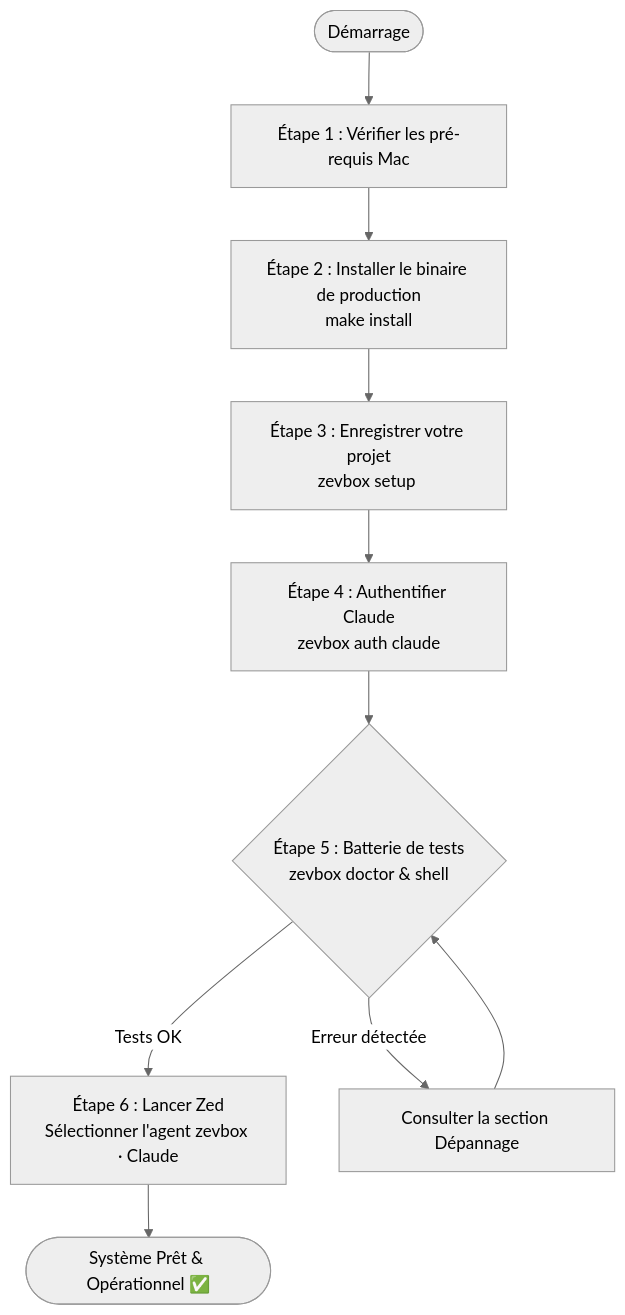
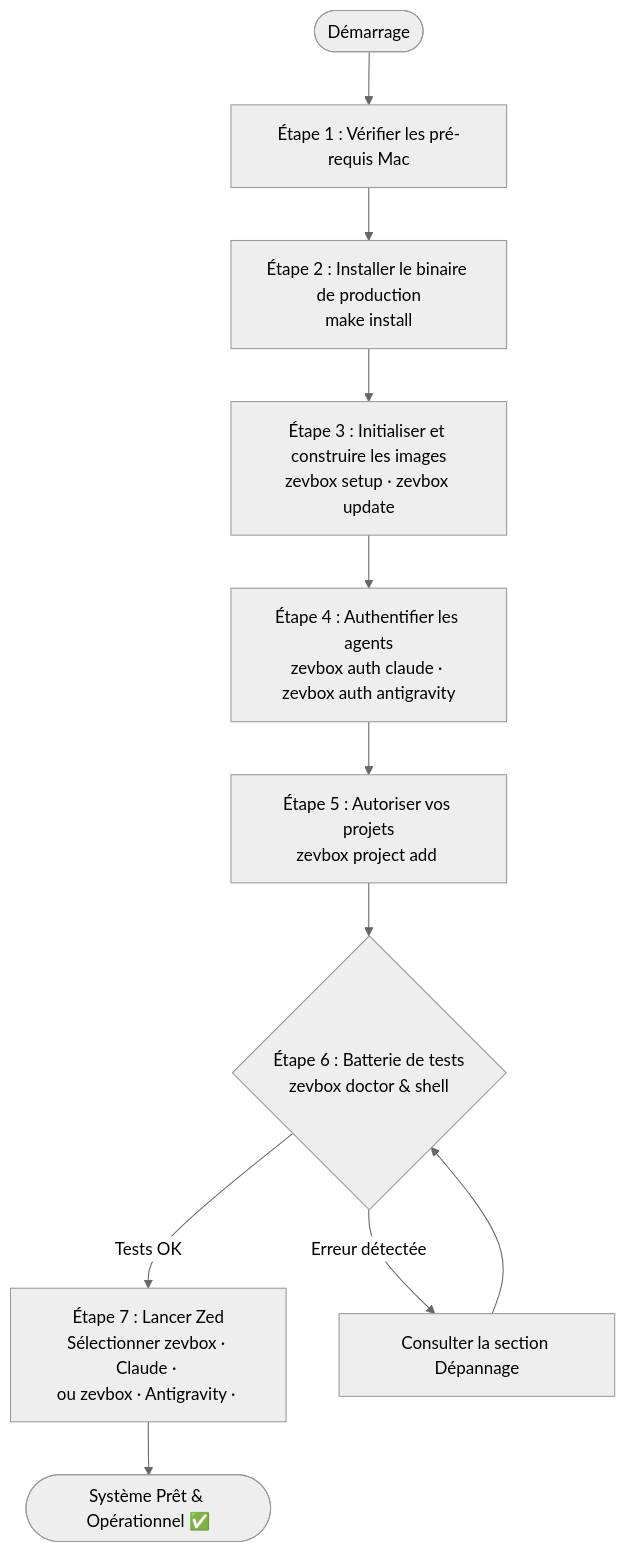
The first of 3 diagrams in docs/MANUEL_UTILISATEUR.md (brainztorm/zevbox), drawn with Mermaid (neutral theme) before and after one commit. The commit also changed other lines of this file and 5 other files, not shown here.

First line of the commit message:
docs: review of step 14, antigravity end-to-end proof, decisions R1-R7

````diff
--- a/docs/MANUEL_UTILISATEUR.md
+++ b/docs/MANUEL_UTILISATEUR.md
@@ -13,14 +13,15 @@
 ```mermaid
 flowchart TD
     Start(["Démarrage"]) --> Step1["Étape 1 : Vérifier les pré-requis Mac"]
     Step1 --> Step2["Étape 2 : Installer le binaire de production\nmake install"]
-    Step2 --> Step3["Étape 3 : Enregistrer votre projet\nzevbox setup <chemin>"]
-    Step3 --> Step4["Étape 4 : Authentifier Claude\nzevbox auth claude"]
-    Step4 --> Step5{"Étape 5 : Batterie de tests\nzevbox doctor & shell"}
+    Step2 --> Step3["Étape 3 : Initialiser et construire les images\nzevbox setup · zevbox update"]
+    Step3 --> Step4["Étape 4 : Authentifier les agents\nzevbox auth claude · zevbox auth antigravity"]
+    Step4 --> Step4b["Étape 5 : Autoriser vos projets\nzevbox project add <chemin>"]
+    Step4b --> Step5{"Étape 6 : Batterie de tests\nzevbox doctor & shell"}
     
-    Step5 -- "Tests OK" --> Step6["Étape 6 : Lancer Zed\nSélectionner l'agent zevbox · Claude"]
+    Step5 -- "Tests OK" --> Step6["Étape 7 : Lancer Zed\nSélectionner zevbox · Claude · <projet>\nou zevbox · Antigravity · <projet>"]
     Step5 -- "Erreur détectée" --> Fix["Consulter la section Dépannage"]
     Fix --> Step5
 
     Step6 --> Done(["Système Prêt & Opérationnel ✅"])
 ```
````
